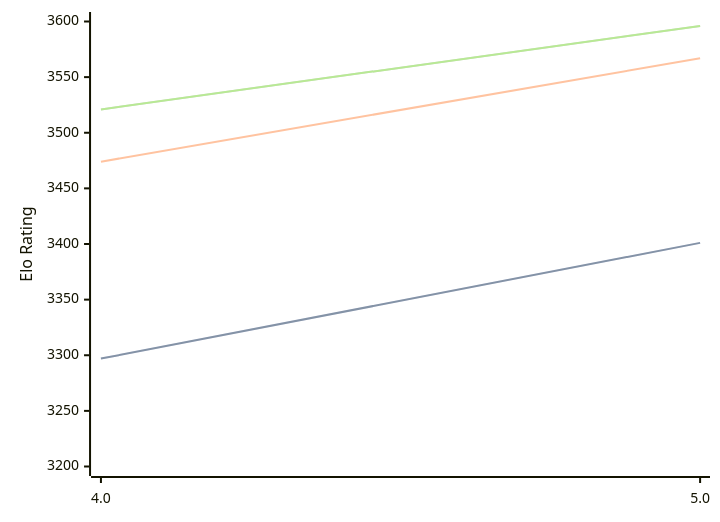
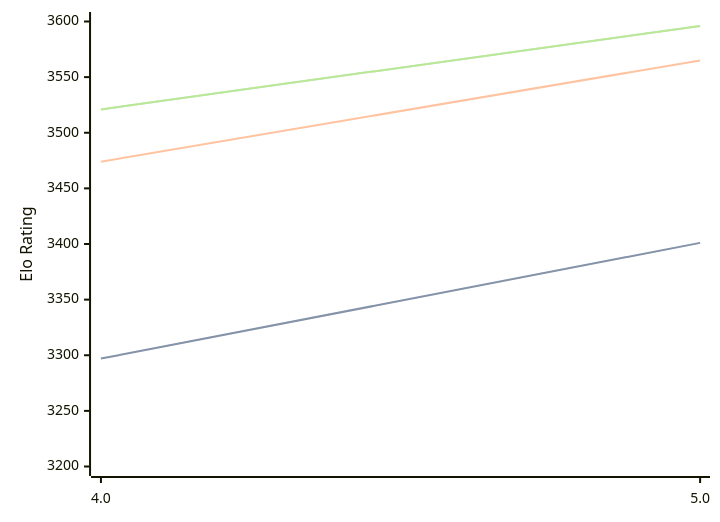
Before and after one commit to computer-chess-index/cci: the diagram in engines/Tarnished.md, drawn with Mermaid. The commit also changed other lines of this file, not shown here.

````diff
--- a/engines/Tarnished.md
+++ b/engines/Tarnished.md
@@ -34,11 +34,11 @@
 ```mermaid
 %%{init: {"theme":"base","themeVariables":{"seriesColors:['#a3a3a3','#222221','#faa371']}}}%%
 xychart-beta
   x-axis ["4.0", "5.0"]
   y-axis "Elo Rating" 3200 --> 3600
   line "STC (8.0+0.08s)" [3297, 3401]
   line "STC (8.0+0.08s)" [3297, 3401]
-  line "LTC (60.0+0.60s)" [3474, 3567]
+  line "LTC (60.0+0.60s)" [3474, 3565]
   line "VLTC (2m24s+1.12s)" [3521, 3596]
   line "VLTC (2m24s+1.12s)" [3521, 3596]
 ```
````
